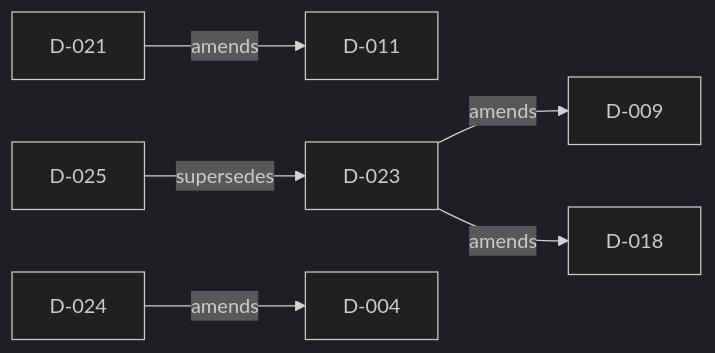
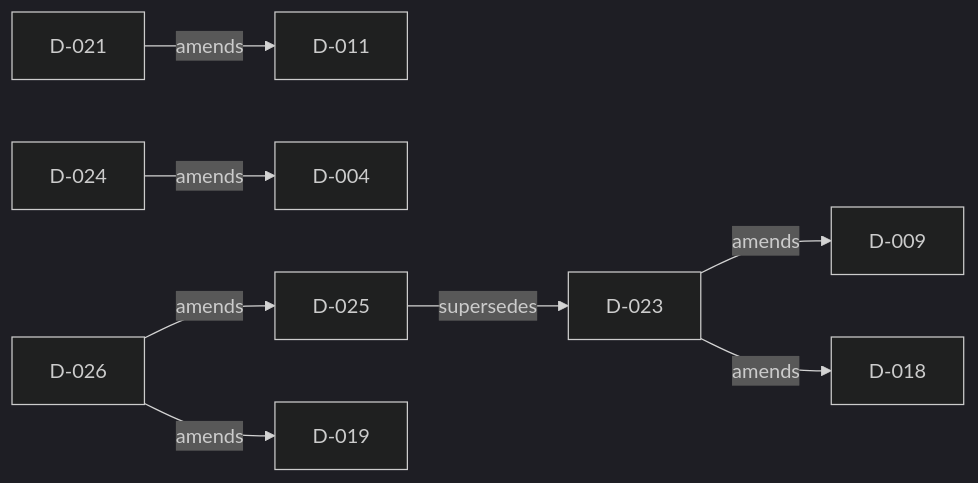
Before and after one commit to doka-labs/Doka.EntityFrameworkCore.MySql: the diagram in docs/decisions/README.md, drawn with Mermaid (dark theme). The commit also changed other lines of this file and 5 other files, not shown here.

````diff
--- a/docs/decisions/README.md
+++ b/docs/decisions/README.md
@@ -38,8 +39,10 @@
 ```mermaid
 flowchart LR
   D_021["D-021"] -->|"amends"| D_011["D-011"]
   D_023["D-023"] -->|"amends"| D_009["D-009"]
   D_023["D-023"] -->|"amends"| D_018["D-018"]
   D_024["D-024"] -->|"amends"| D_004["D-004"]
   D_025["D-025"] -->|"supersedes"| D_023["D-023"]
+  D_026["D-026"] -->|"amends"| D_019["D-019"]
+  D_026["D-026"] -->|"amends"| D_025["D-025"]
 ```
````
